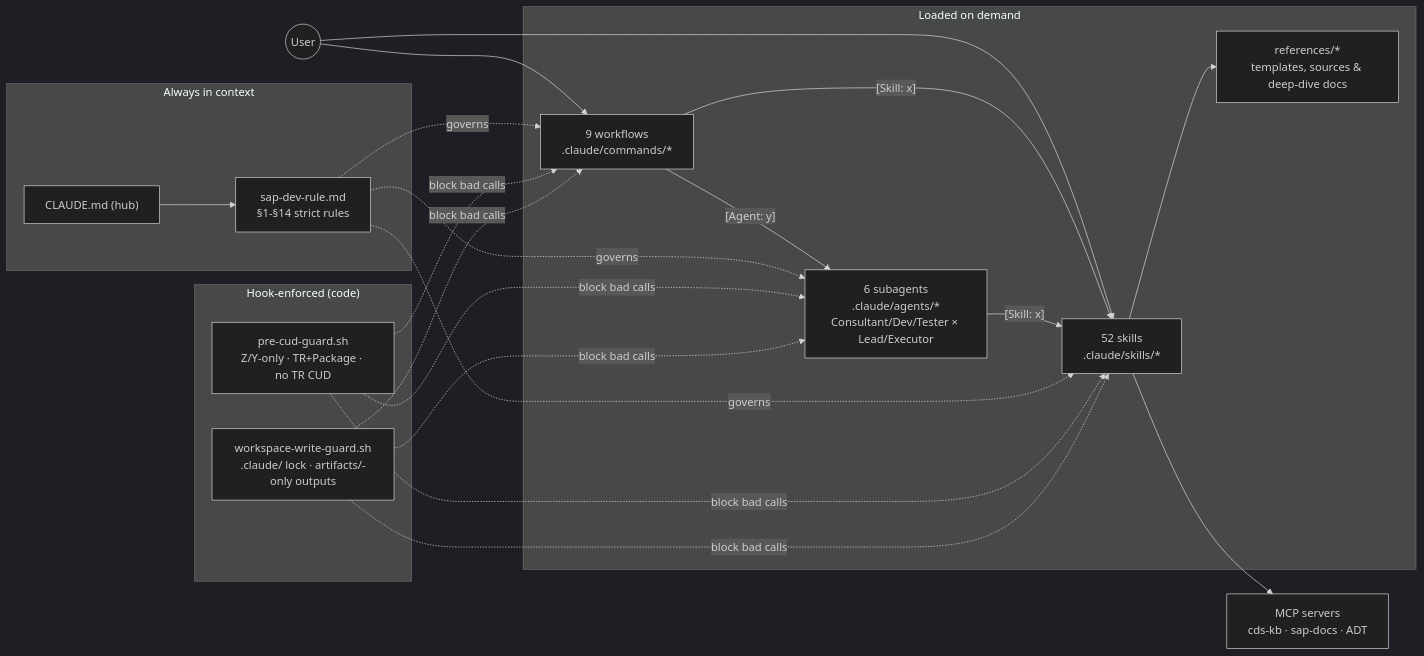
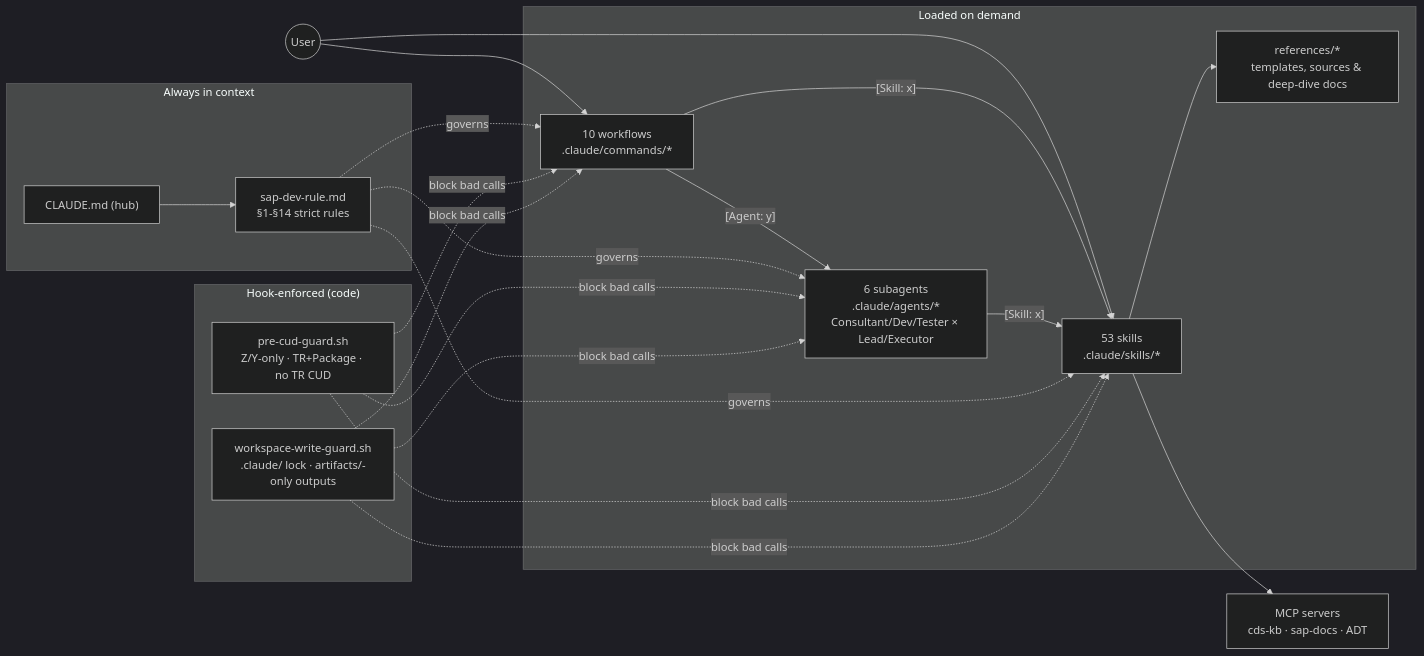
The first of 2 diagrams in README.md (dovoanhtruong/abap-agent-claudecode-workspace), drawn with Mermaid (dark theme) before and after one commit. The commit also changed other lines of this file and 20 other files, not shown here.

````diff
--- a/README.md
+++ b/README.md
@@ -18,23 +18,23 @@
 ```mermaid
 flowchart LR
     subgraph CTX["Always in context"]
         CM["CLAUDE.md (hub)"] --> RULE["sap-dev-rule.md<br/>§1-§14 strict rules"]
     end
     subgraph ONDEMAND["Loaded on demand"]
-        SK["52 skills<br/>.claude/skills/*"] --> REF["references/*<br/>templates, sources & deep-dive docs"]
-        WF["9 workflows<br/>.claude/commands/*"]
+        SK["53 skills<br/>.claude/skills/*"] --> REF["references/*<br/>templates, sources & deep-dive docs"]
+        WF["10 workflows<br/>.claude/commands/*"]
         AG["6 subagents<br/>.claude/agents/*<br/>Consultant/Dev/Tester × Lead/Executor"]
     end
     subgraph ENFORCE["Hook-enforced (code)"]
         H1["pre-cud-guard.sh<br/>Z/Y-only · TR+Package · no TR CUD"]
         H2["workspace-write-guard.sh<br/>.claude/ lock · artifacts/-only outputs"]
     end
     USER((User)) --> WF
     USER --> SK
     WF -->|"[Skill: x]"| SK
     WF -->|"[Agent: y]"| AG
     AG -->|"[Skill: x]"| SK
     RULE -.governs.-> WF & SK & AG
     H1 & H2 -.block bad calls.-> WF & SK & AG
     SK --> MCP["MCP servers<br/>cds-kb · sap-docs · ADT"]
 ```
````
